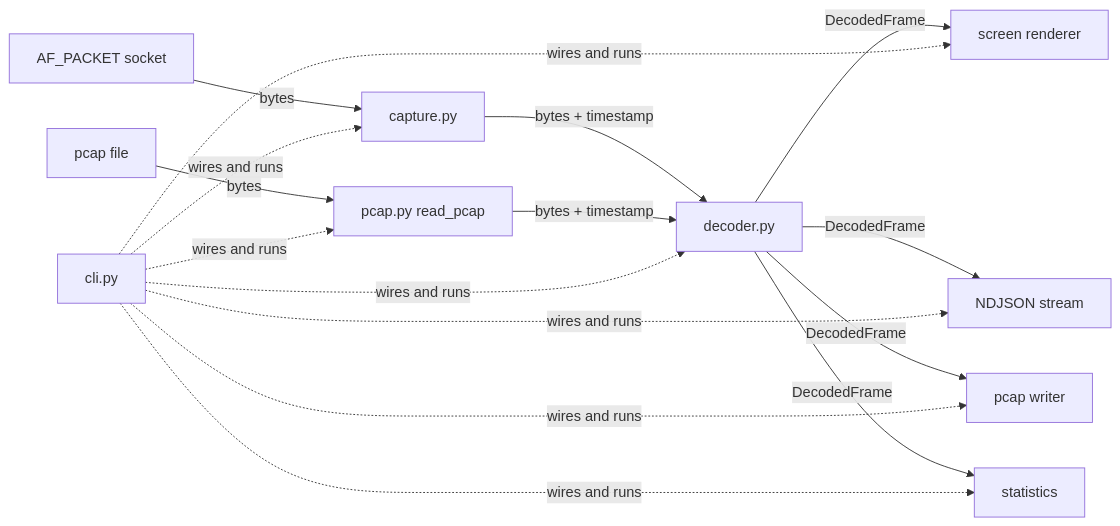
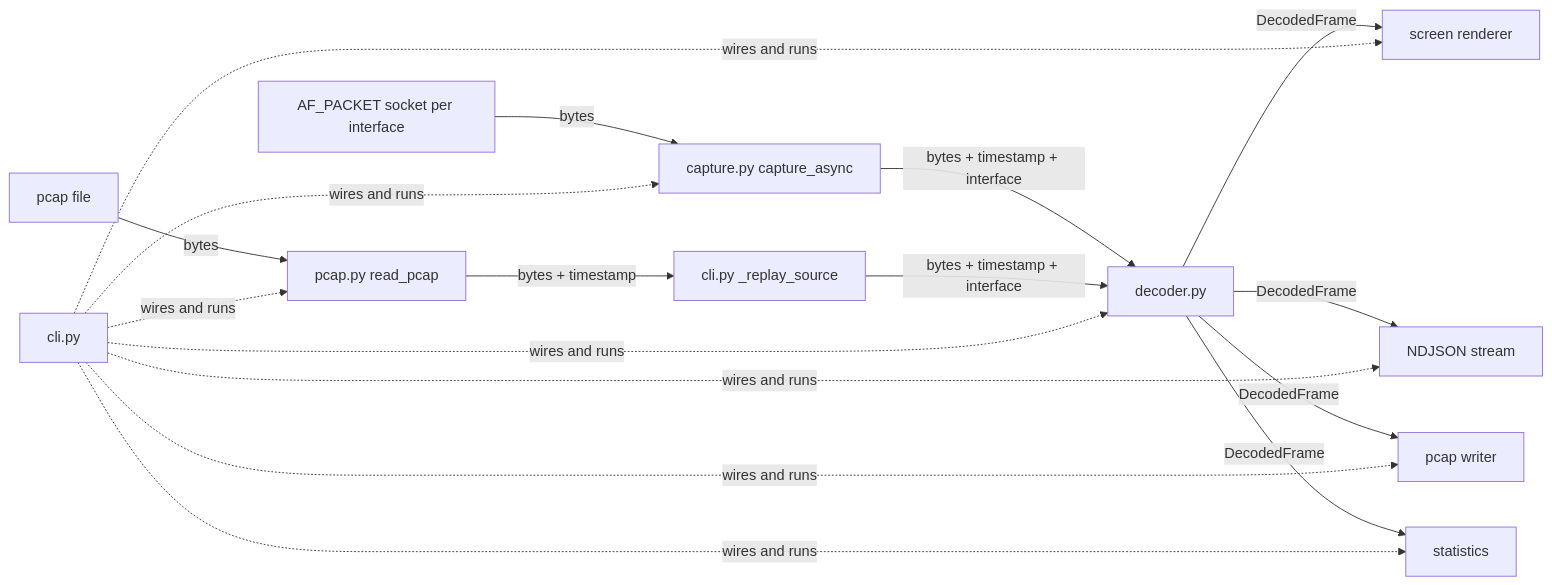
The diagram in ARCHITECTURE.md (EONRaider/RootWire), drawn with Mermaid before and after one commit. The commit also changed other lines of this file and 6 other files, not shown here.

````diff
--- a/ARCHITECTURE.md
+++ b/ARCHITECTURE.md
@@ -14,12 +14,13 @@
 ```mermaid
 flowchart LR
-  S[AF_PACKET socket] -->|bytes| C[capture.py]
+  S[AF_PACKET socket per interface] -->|bytes| C[capture.py capture_async]
   F[pcap file] -->|bytes| P[pcap.py read_pcap]
-  C -->|"bytes + timestamp"| D[decoder.py]
-  P -->|"bytes + timestamp"| D
+  C -->|"bytes + timestamp + interface"| D[decoder.py]
+  P -->|"bytes + timestamp"| A[cli.py _replay_source]
+  A -->|"bytes + timestamp + interface"| D
   D -->|DecodedFrame| O1[screen renderer]
   D -->|DecodedFrame| O2[NDJSON stream]
   D -->|DecodedFrame| O3[pcap writer]
   D -->|DecodedFrame| O4[statistics]
   CLI[cli.py] -.wires and runs.-> C & P & D & O1 & O2 & O3 & O4
 ```
````
